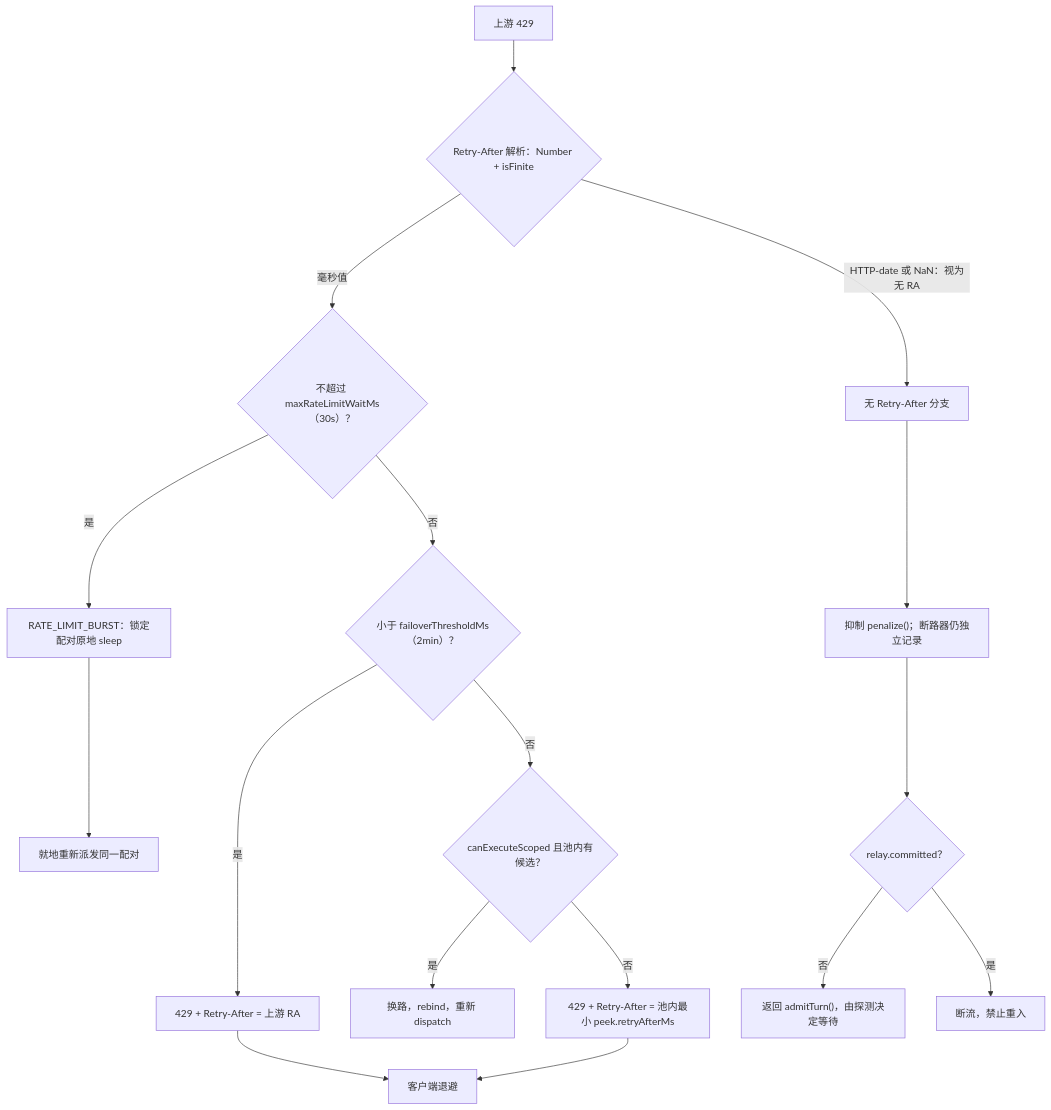
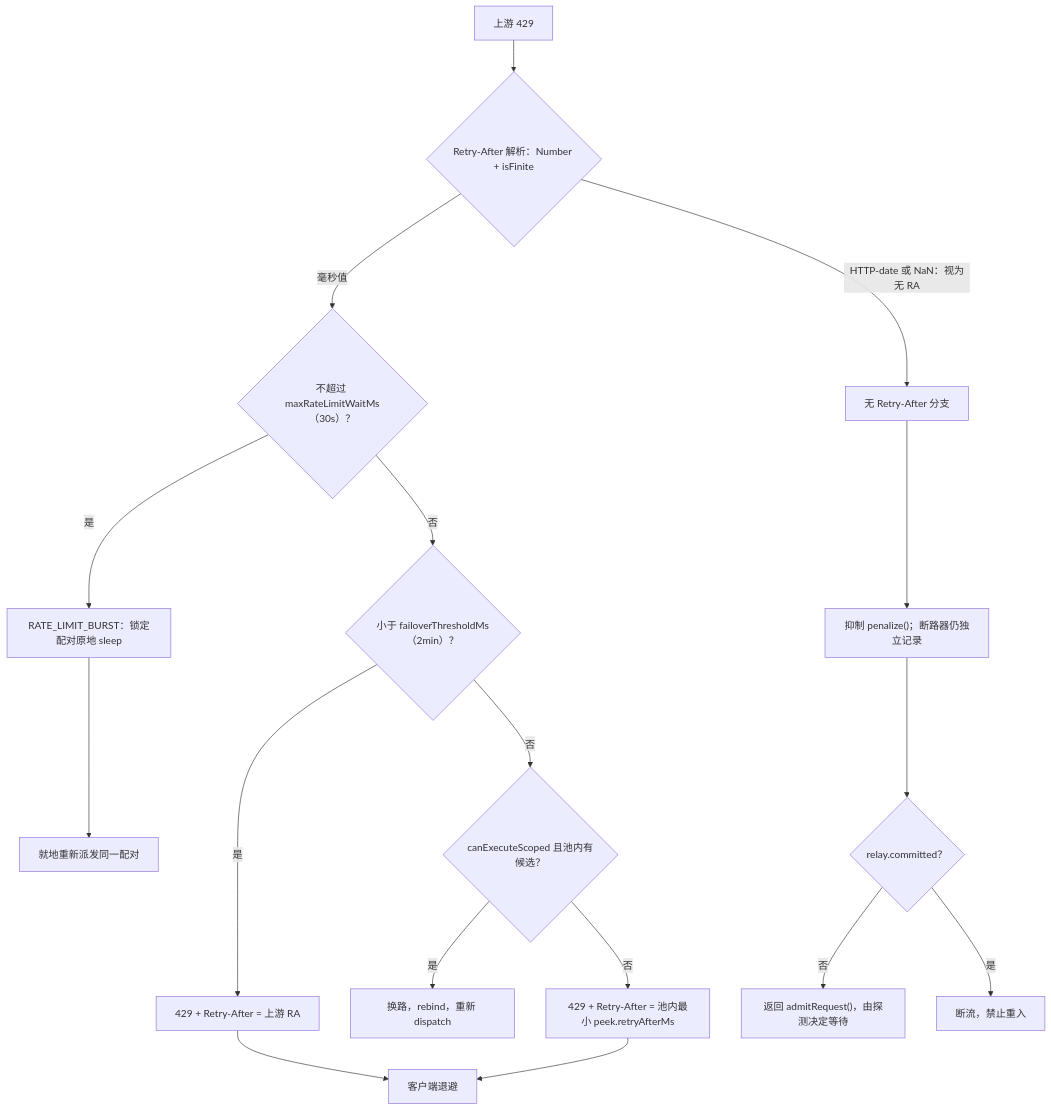
The second of 3 diagrams in docs/design/zh-CN/rate-limit-waiting-flow.md (kenlin8827/omnicell-router), drawn with Mermaid before and after one commit. The commit also changed other lines of this file and 52 other files, not shown here.

````diff
--- a/docs/design/zh-CN/rate-limit-waiting-flow.md
+++ b/docs/design/zh-CN/rate-limit-waiting-flow.md
@@ -125,19 +125,19 @@
 ```mermaid
 flowchart TD
   S0["上游 429"] --> S1{"Retry-After 解析：Number + isFinite"}
   S1 -->|"HTTP-date 或 NaN：视为无 RA"| S9["无 Retry-After 分支"]
   S1 -->|"毫秒值"| S2{"不超过 maxRateLimitWaitMs（30s）？"}
   S2 -->|"是"| S3["RATE_LIMIT_BURST：锁定配对原地 sleep"]
   S3 --> S4["就地重新派发同一配对"]
   S2 -->|"否"| S5{"小于 failoverThresholdMs（2min）？"}
   S5 -->|"是"| S6["429 + Retry-After = 上游 RA"]
   S5 -->|"否"| S7{"canExecuteScoped 且池内有候选？"}
   S7 -->|"是"| S8["换路，rebind，重新 dispatch"]
   S7 -->|"否"| S10["429 + Retry-After = 池内最小 peek.retryAfterMs"]
   S9 --> S11["抑制 penalize()；断路器仍独立记录"]
   S11 --> S12{"relay.committed？"}
-  S12 -->|"否"| S13["返回 admitTurn()，由探测决定等待"]
+  S12 -->|"否"| S13["返回 admitRequest()，由探测决定等待"]
   S12 -->|"是"| S14["断流，禁止重入"]
   S6 --> S15["客户端退避"]
   S10 --> S15
 ```
````
